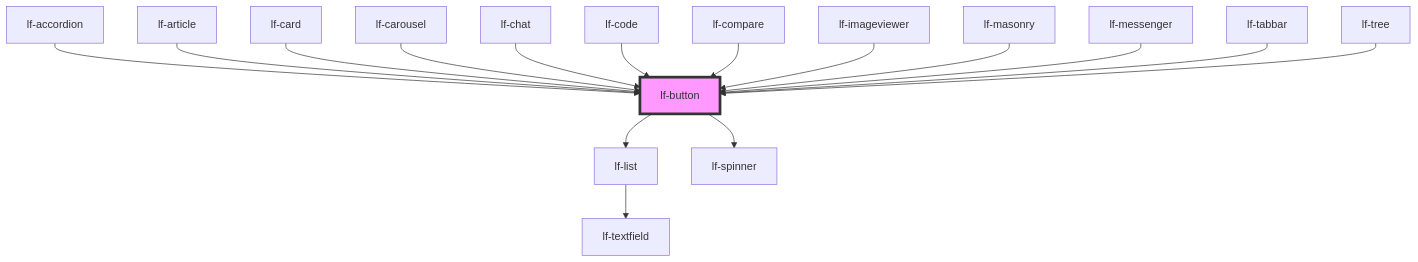
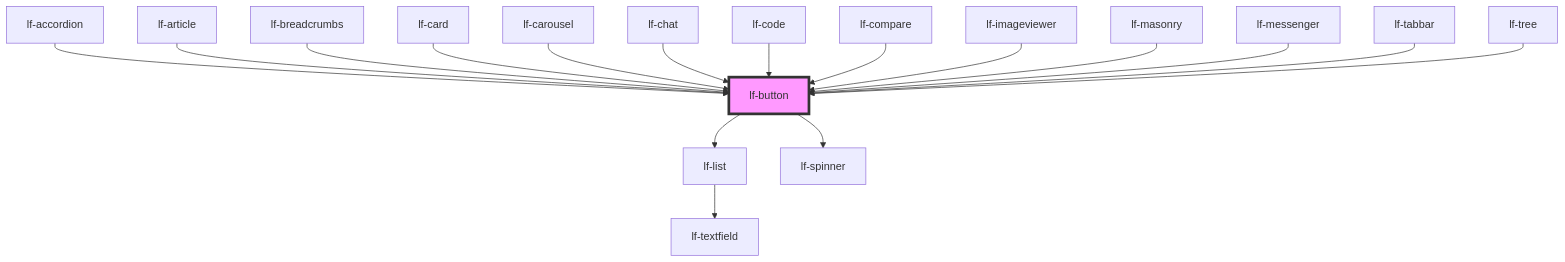
Before and after one commit to lucafoscili/lf-widgets: the diagram in packages/core/src/components/lf-button/readme.md, drawn with Mermaid. The commit also changed other lines of this file and 17 other files, not shown here.

````diff
--- a/packages/core/src/components/lf-button/readme.md
+++ b/packages/core/src/components/lf-button/readme.md
@@ -183,19 +184,20 @@
 ```mermaid
 graph TD;
   lf-button --> lf-list
   lf-button --> lf-spinner
   lf-list --> lf-textfield
   lf-accordion --> lf-button
   lf-article --> lf-button
+  lf-breadcrumbs --> lf-button
   lf-card --> lf-button
   lf-carousel --> lf-button
   lf-chat --> lf-button
   lf-code --> lf-button
   lf-compare --> lf-button
   lf-imageviewer --> lf-button
   lf-masonry --> lf-button
   lf-messenger --> lf-button
   lf-tabbar --> lf-button
   lf-tree --> lf-button
   style lf-button fill:#f9f,stroke:#333,stroke-width:4px
 ```
````
